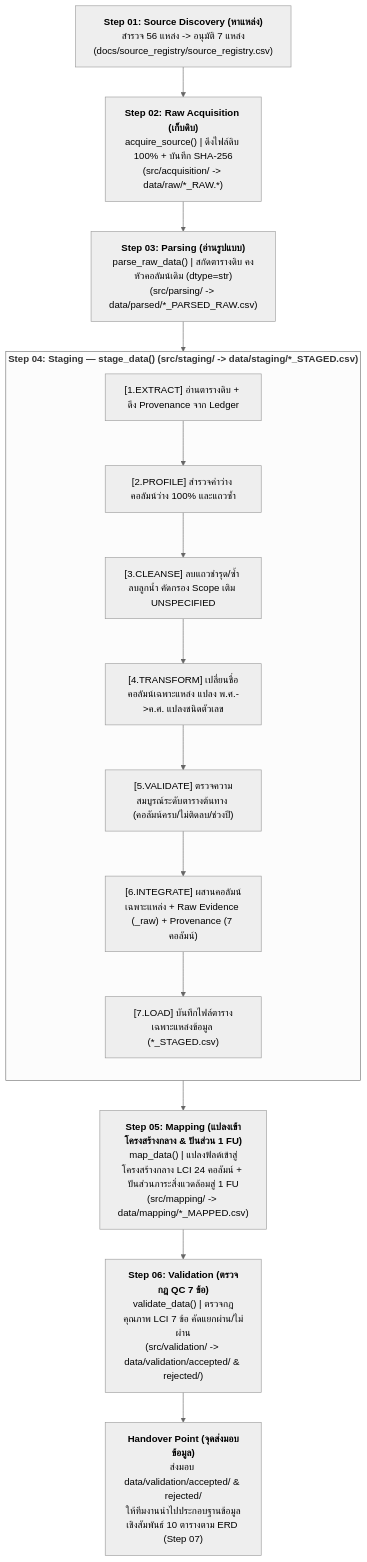
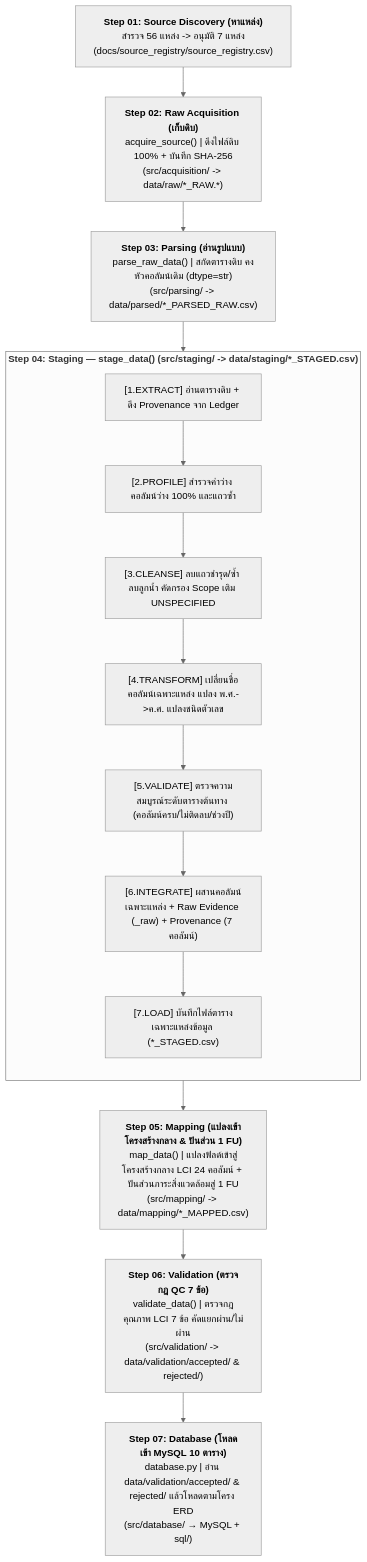
The diagram in README.md (M77TH/CN230-S1-G02-MaRianDB), drawn with Mermaid (neutral theme) before and after one commit. The commit also changed other lines of this file, not shown here.

Commit message:
docs(readme): document pipeline step 07 and remove handover wording

````diff
--- a/README.md
+++ b/README.md
@@ -29,25 +29,25 @@
 ```mermaid
 flowchart TD
     S1["<b>Step 01: Source Discovery (หาแหล่ง)</b><br/>สำรวจ 56 แหล่ง -> อนุมัติ 7 แหล่ง<br/>(docs/source_registry/source_registry.csv)"]
     S2["<b>Step 02: Raw Acquisition (เก็บดิบ)</b><br/>acquire_source() | ดึงไฟล์ดิบ 100% + บันทึก SHA-256<br/>(src/acquisition/ -> data/raw/*_RAW.*)"]
     S3["<b>Step 03: Parsing (อ่านรูปแบบ)</b><br/>parse_raw_data() | สกัดตารางดิบ คงหัวคอลัมน์เดิม (dtype=str)<br/>(src/parsing/ -> data/parsed/*_PARSED_RAW.csv)"]
 
     subgraph S4["<b>Step 04: Staging — stage_data() (src/staging/ -> data/staging/*_STAGED.csv)</b>"]
         direction TB
         P1["[1.EXTRACT] อ่านตารางดิบ + ดึง Provenance จาก Ledger"]
         P2["[2.PROFILE] สำรวจค่าว่าง คอลัมน์ว่าง 100% และแถวซ้ำ"]
         P3["[3.CLEANSE] ลบแถวชำรุด/ซ้ำ ลบลูกน้ำ คัดกรอง Scope เติม UNSPECIFIED"]
         P4["[4.TRANSFORM] เปลี่ยนชื่อคอลัมน์เฉพาะแหล่ง แปลง พ.ศ.->ค.ศ. แปลงชนิดตัวเลข"]
         P5["[5.VALIDATE] ตรวจความสมบูรณ์ระดับตารางต้นทาง (คอลัมน์ครบ/ไม่ติดลบ/ช่วงปี)"]
         P6["[6.INTEGRATE] ผสานคอลัมน์เฉพาะแหล่ง + Raw Evidence (_raw) + Provenance (7 คอลัมน์)"]
         P7["[7.LOAD] บันทึกไฟล์ตารางเฉพาะแหล่งข้อมูล (*_STAGED.csv)"]
         P1 --> P2 --> P3 --> P4 --> P5 --> P6 --> P7
     end
 
     S5["<b>Step 05: Mapping (แปลงเข้าโครงสร้างกลาง & ปันส่วน 1 FU)</b><br/>map_data() | แปลงฟิลด์เข้าสู่โครงสร้างกลาง LCI 24 คอลัมน์ + ปันส่วนภาระสิ่งแวดล้อมสู่ 1 FU<br/>(src/mapping/ -> data/mapping/*_MAPPED.csv)"]
     S6["<b>Step 06: Validation (ตรวจกฎ QC 7 ข้อ)</b><br/>validate_data() | ตรวจกฎคุณภาพ LCI 7 ข้อ คัดแยกผ่าน/ไม่ผ่าน<br/>(src/validation/ -> data/validation/accepted/ & rejected/)"]
     
-    H["<b>Handover Point (จุดส่งมอบข้อมูล)</b><br/>ส่งมอบ data/validation/accepted/ & rejected/<br/>ให้ทีมงานนำไปประกอบฐานข้อมูลเชิงสัมพันธ์ 10 ตารางตาม ERD (Step 07)"]
+    S7["<b>Step 07: Database (โหลดเข้า MySQL 10 ตาราง)</b><br/>database.py | อ่าน data/validation/accepted/ & rejected/ แล้วโหลดตามโครง ERD<br/>(src/database/ → MySQL + sql/)"]
 
-    S1 --> S2 --> S3 --> S4 --> S5 --> S6 --> H
+    S1 --> S2 --> S3 --> S4 --> S5 --> S6 --> S7
 ```
````
